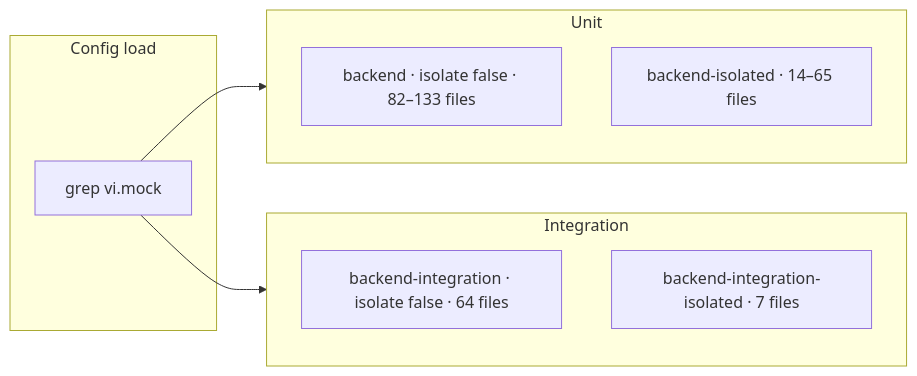
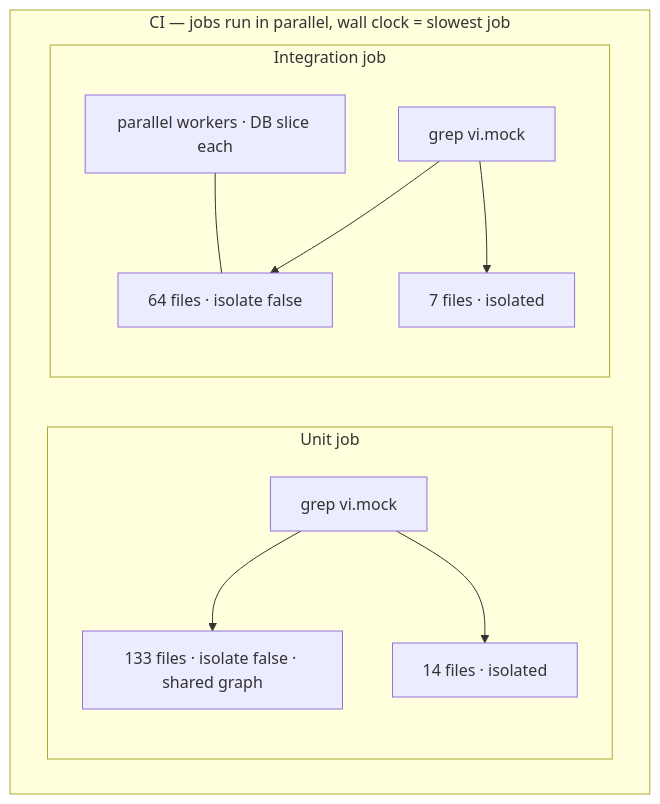
The second of 2 diagrams in docs/blog-speeding-up-vitest-tests.md (opengovsg/plumber), drawn with Mermaid before and after one commit. The commit also changed other lines of this file, not shown here.

Commit message:
docs: clarify before/after CI diagrams with exact file counts
- Show parallel CI jobs vs sequential in-job execution before
- After diagram uses full-stack counts (133/14 unit, 64/7 integration)
- Note mock-split-only intermediate count in prose

````diff
--- a/docs/blog-speeding-up-vitest-tests.md
+++ b/docs/blog-speeding-up-vitest-tests.md
@@ -65,19 +77,26 @@
 ```mermaid
-flowchart LR
-  subgraph detect ["Config load"]
-    grep["grep vi.mock"]
+flowchart TB
+  subgraph ci ["CI — jobs run in parallel, wall clock = slowest job"]
+    direction LR
+
+    subgraph unit ["Unit job"]
+      direction TB
+      GU["grep vi.mock"]
+      U1["133 files · isolate false · shared graph"]
+      U2["14 files · isolated"]
+      GU --> U1
+      GU --> U2
+    end
+
+    subgraph int ["Integration job"]
+      direction TB
+      GI["grep vi.mock"]
+      I1["64 files · isolate false"]
+      I2["7 files · isolated"]
+      W["parallel workers · DB slice each"]
+      GI --> I1
+      GI --> I2
+      W --- I1
+    end
   end
-
-  subgraph unit ["Unit"]
-    U1["backend · isolate false · 82–133 files"]
-    U2["backend-isolated · 14–65 files"]
-  end
-
-  subgraph int ["Integration"]
-    I1["backend-integration · isolate false · 64 files"]
-    I2["backend-integration-isolated · 7 files"]
-  end
-
-  grep --> unit
-  grep --> int
 ```
````
